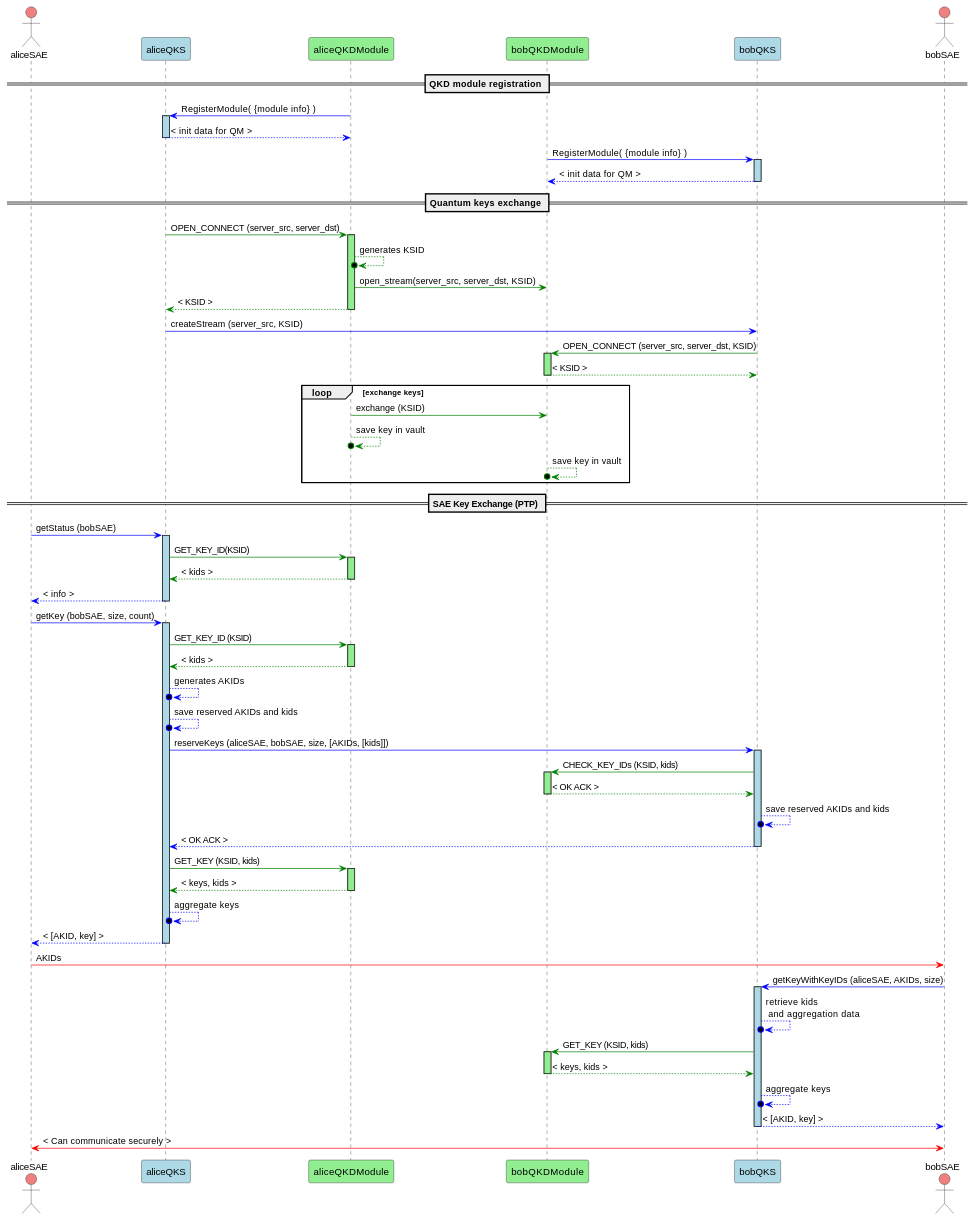
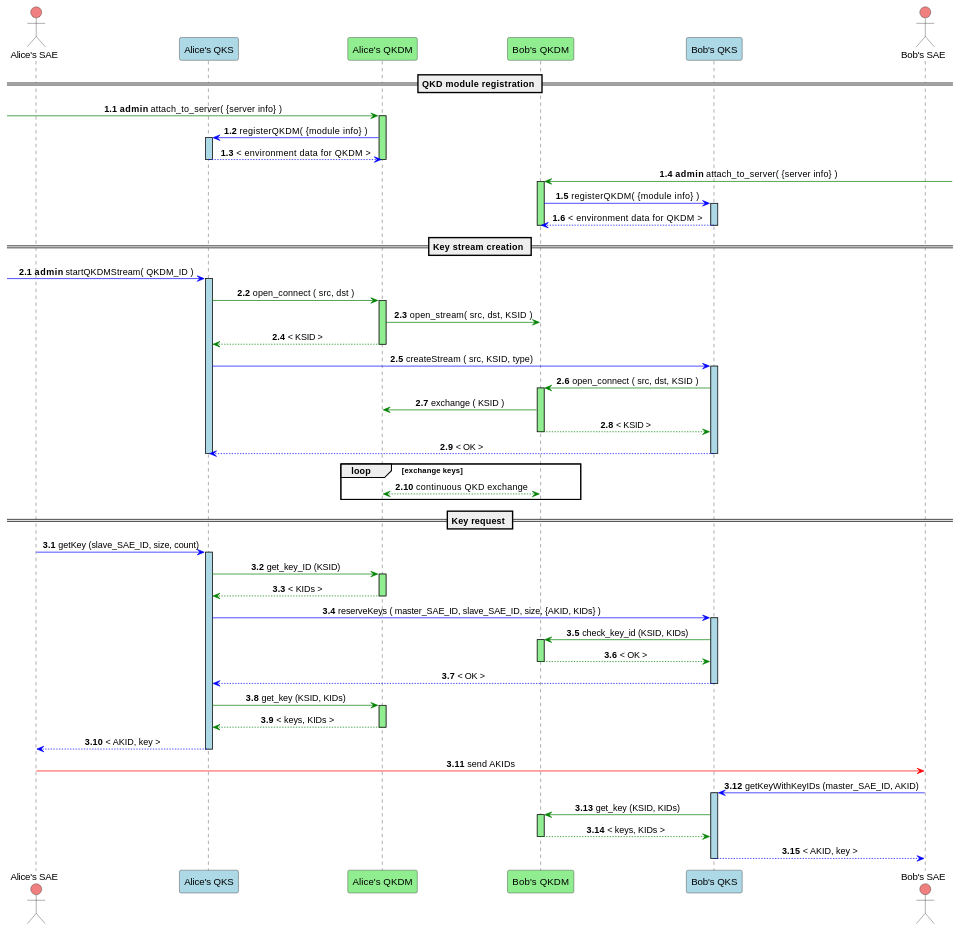
The first of 2 diagrams in docs/API_sequence_diagram.md (ignaziopedone/qkd-keyserver), drawn with PlantUML before and after one commit. The commit also changed other lines of this file and 3 other files, not shown here.

Commit message:
updated sequence diagrams

```diff
--- a/docs/API_sequence_diagram.md
+++ b/docs/API_sequence_diagram.md
@@ -11,90 +11,60 @@
 @startuml
-actor aliceSAE as ASAE order 1 #lightCoral
-actor bobSAE as BSAE order 6 #lightCoral
-participant aliceQKS as AQKS order 2 #LightBlue
-participant bobQKS as BQKS order 5 #LightBlue
-participant aliceQKDModule as AQM order 3 #LightGreen
-participant bobQKDModule as BQM order 4 #LightGreen
+skinparam sequenceMessageAlign center
+actor "Alice's SAE" as ASAE order 2 #lightCoral
+actor "Bob's SAE" as BSAE order 7 #lightCoral
+participant "Alice's QKS" as AQKS order 3 #LightBlue
+participant "Bob's QKS" as BQKS order 6 #LightBlue
+participant "Alice's QKDM" as AQM order 4 #LightGreen
+participant "Bob's QKDM" as BQM order 5 #LightGreen
 
 == QKD module registration ==
+autonumber 1.1
+ [-[#green]> AQM ++ #LightGreen:**admin** attach_to_server( {server info} ) 
+AQM -[#blue]> AQKS ++ #LightBlue: registerQKDM( {module info} )
+AQKS -[#blue]-> AQM --: < environment data for QKDM >
+deactivate AQM
+BQM <[#green]-] ++ #Lightgreen: **admin** attach_to_server( {server info} )
+BQM -[#blue]> BQKS ++ #LightBlue: registerQKDM( {module info} )
+BQKS -[#blue]-> BQM --:  < environment data for QKDM >
+deactivate BQM
+
+== Key stream creation == 
+autonumber inc A
+
+[-[#blue]> AQKS ++ #lightblue: **admin** startQKDMStream( QKDM_ID )
+AQKS -[#green]> AQM ++ #lightgreen: open_connect ( src, dst )
+AQM -[#green]> BQM : open_stream(  src, dst, KSID )
+AQM --[#green]> AQKS --: < KSID >
+AQKS -[#blue]> BQKS ++ #lightblue: createStream ( src, KSID, type) 
+BQKS -[#green]> BQM ++ #lightgreen: open_connect ( src, dst, KSID ) 
+BQM -[#green]> AQM : exchange ( KSID )
+BQM --[#green]> BQKS -- : < KSID >
+BQKS --[#blue]> AQKS -- : < OK >
+deactivate AQKS
+
+loop exchange keys
+    AQM <-[#green]-> BQM : continuous QKD exchange
+end
 
 
-AQM -[#blue]> AQKS : RegisterModule( {module info} )
-activate AQKS #LightBlue
-AQKS -[#blue]-> AQM : < init data for QM >
-deactivate AQKS 
+== Key request == 
+autonumber inc A
 
-BQM -[#blue]> BQKS : RegisterModule( {module info} )
-activate BQKS #LightBlue
-BQKS -[#blue]-> BQM : < init data for QM >
-deactivate BQKS
+ASAE -[#blue]> AQKS ++ #LightBlue: getKey (slave_SAE_ID, size, count) 
+AQKS -[#green]> AQM ++ #LightGreen: get_key_ID (KSID)
+AQM -[#green]->AQKS --: < KIDs > 
+AQKS -[#blue]> BQKS ++ #LightBlue: reserveKeys ( master_SAE_ID, slave_SAE_ID, size, {AKID, KIDs} ) 
+BQKS -[#green]> BQM ++ #LightGreen: check_key_id (KSID, KIDs)
+BQM -[#green]-> BQKS -- : < OK >
+BQKS -[#blue]-> AQKS --: < OK >
+AQKS -[#green]> AQM ++ #LightGreen: get_key (KSID, KIDs) 
+AQM -[#green]-> AQKS --: < keys, KIDs >
+AQKS -[#blue]-> ASAE --: < AKID, key >
 
-
-== Quantum keys exchange == 
-AQKS -[#green]> AQM : OPEN_CONNECT (server_src, server_dst)
-activate AQM #LightGreen
-AQM --[#green]>o AQM : generates KSID
-AQM -[#green]> BQM : open_stream(server_src, server_dst, KSID)
-AQM --[#green]> AQKS : < KSID >
-deactivate AQM
-AQKS -[#blue]> BQKS : createStream (server_src, KSID) 
-
-BQKS -[#green]> BQM : OPEN_CONNECT (server_src, server_dst, KSID) 
-activate BQM #LightGreen
-BQM --[#green]> BQKS : < KSID >
-deactivate BQM
-loop exchange keys
-    AQM -[#green]> BQM : exchange (KSID)
-    AQM --[#green]>o AQM : save key in vault
-    BQM --[#green]>o BQM : save key in vault
-end
-
-== SAE Key Exchange (PTP) == 
-ASAE -[#blue]> AQKS : getStatus (bobSAE)
-activate AQKS #LightBlue
-AQKS -[#green]> AQM : GET_KEY_ID(KSID)
-activate AQM #LightGreen
-AQM -[#green]-> AQKS : < kids >
-deactivate AQM
-AQKS -[#blue]-> ASAE : < info >
-deactivate AQKS
-
-ASAE -[#blue]> AQKS : getKey (bobSAE, size, count) 
-activate AQKS #LightBlue
-AQKS -[#green]> AQM : GET_KEY_ID (KSID)
-activate AQM #LightGreen
-AQM -[#green]->AQKS : < kids > 
-deactivate AQM
-AQKS -[#blue]->o AQKS : generates AKIDs
-AQKS -[#blue]->o AQKS : save reserved AKIDs and kids
-AQKS -[#blue]> BQKS : reserveKeys (aliceSAE, bobSAE, size, [AKIDs, [kids]]) 
-activate BQKS #LightBlue
-BQKS -[#green]> BQM : CHECK_KEY_IDs (KSID, kids)
-activate BQM #LightGreen
-BQM -[#green]-> BQKS : < OK ACK >
-deactivate BQM
-BQKS -[#blue]->o BQKS : save reserved AKIDs and kids
-BQKS -[#blue]-> AQKS : < OK ACK >
-deactivate BQKS 
- 
-AQKS -[#green]> AQM : GET_KEY (KSID, kids) 
-activate AQM #LightGreen
-AQM -[#green]-> AQKS : < keys, kids >
-deactivate AQM 
-AQKS -[#blue]->o AQKS : aggregate keys
-AQKS -[#blue]-> ASAE : < [AKID, key] >
-deactivate AQKS
-ASAE -[#red]> BSAE :  AKIDs 
-BSAE -[#blue]> BQKS : getKeyWithKeyIDs (aliceSAE, AKIDs, size)
-activate BQKS #LightBlue
-BQKS -[#blue]->o BQKS : retrieve kids \n and aggregation data
-BQKS -[#green]> BQM : GET_KEY (KSID, kids) 
-activate BQM #LightGreen
-BQM -[#green]-> BQKS : < keys, kids > 
-deactivate BQM
-BQKS -[#blue]->o BQKS : aggregate keys
-BQKS -[#blue]-> BSAE :  < [AKID, key] >
-deactivate BQKS 
-ASAE <-[#red]> BSAE: < Can communicate securely > 
+ASAE -[#red]> BSAE :  send AKIDs  
+BSAE -[#blue]> BQKS ++ #LightBlue: getKeyWithKeyIDs (master_SAE_ID, AKID)
+BQKS -[#green]> BQM ++ #LightGreen: get_key (KSID, KIDs) 
+BQM -[#green]-> BQKS --: < keys, KIDs > 
+BQKS -[#blue]-> BSAE -- :  < AKID, key >
 
 @enduml
```
